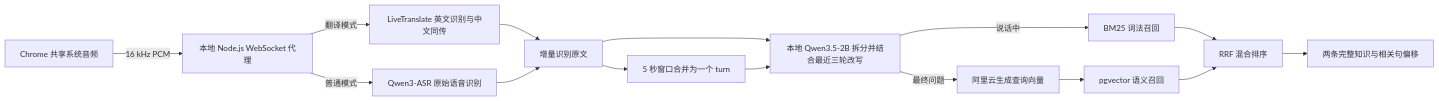
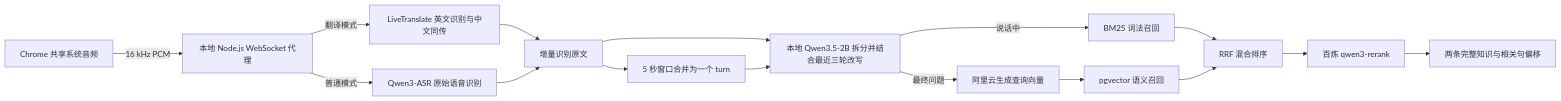
Before and after one commit to candy-Tong/interview-knowledge-radar: the diagram in README.md, drawn with Mermaid. The commit also changed other lines of this file and 27 other files, not shown here.

````diff
--- a/README.md
+++ b/README.md
@@ -22,17 +22,18 @@
 ```mermaid
 flowchart LR
   A[Chrome 共享系统音频] -->|16 kHz PCM| B[本地 Node.js WebSocket 代理]
   B -->|翻译模式| C[LiveTranslate 英文识别与中文同传]
   B -->|普通模式| J[Qwen3-ASR 原始语音识别]
   C --> K[增量识别原文]
   J --> K
   K --> L[本地 Qwen3.5-2B 拆分并结合最近三轮改写]
   L -->|说话中| E[BM25 词法召回]
   K --> D[5 秒窗口合并为一个 turn]
   D --> L
   L -->|最终问题| F[阿里云生成查询向量]
   F --> G[pgvector 语义召回]
   E --> H[RRF 混合排序]
   G --> H
-  H --> I[两条完整知识与相关句偏移]
+  H --> M[百炼 qwen3-rerank]
+  M --> I[两条完整知识与相关句偏移]
 ```
````
